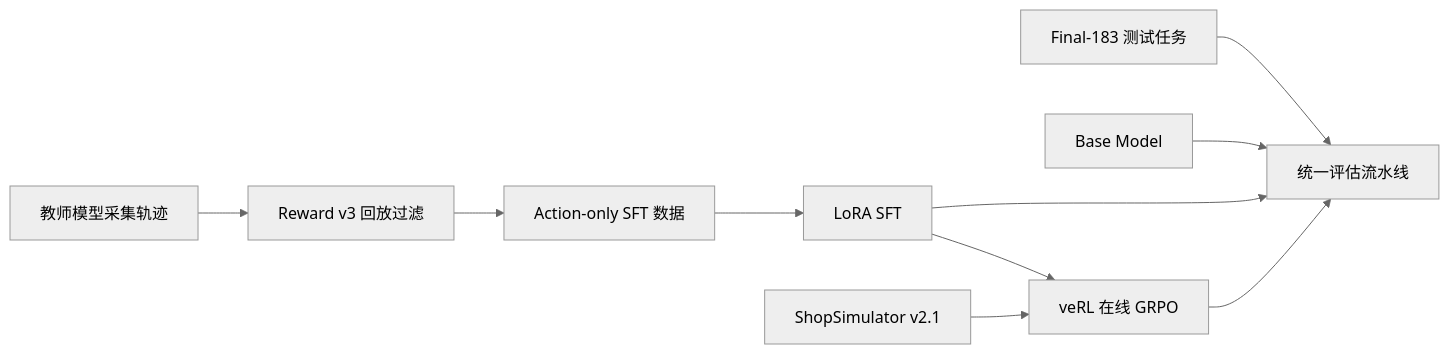
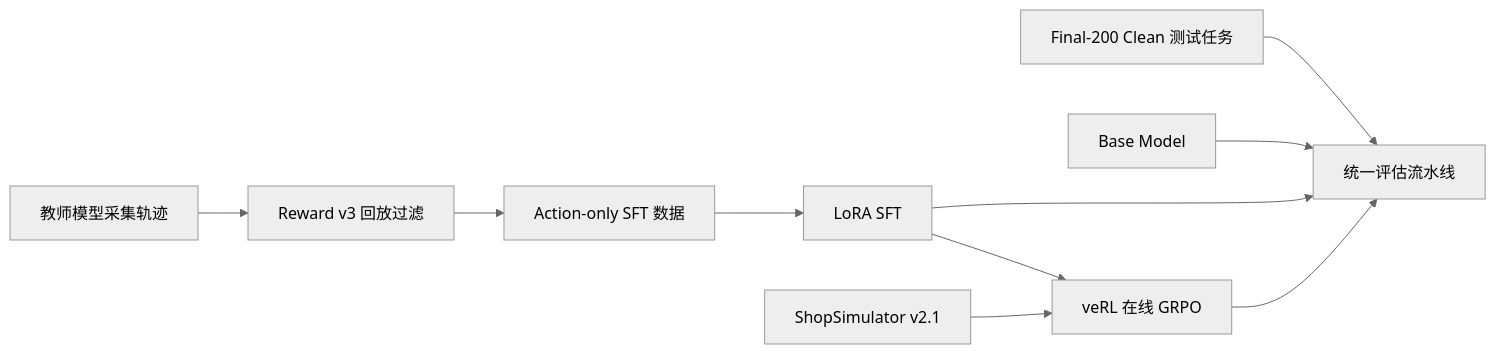
The first of 2 diagrams in README.md (YYHDBL/shopping-grpo-longhorizon), drawn with Mermaid (neutral theme) before and after one commit. The commit also changed other lines of this file and 13 other files, not shown here.

Commit message:
data: publish clean final-200 benchmark

````diff
--- a/README.md
+++ b/README.md
@@ -52,12 +52,12 @@
 ```mermaid
 flowchart LR
     A[教师模型采集轨迹] --> B[Reward v3 回放过滤]
     B --> C[Action-only SFT 数据]
     C --> D[LoRA SFT]
     D --> E[veRL 在线 GRPO]
     F[ShopSimulator v2.1] --> E
-    G[Final-183 测试任务] --> H[统一评估流水线]
+    G[Final-200 Clean 测试任务] --> H[统一评估流水线]
     I[Base Model] --> H
     D --> H
     E --> H
 ```
````
